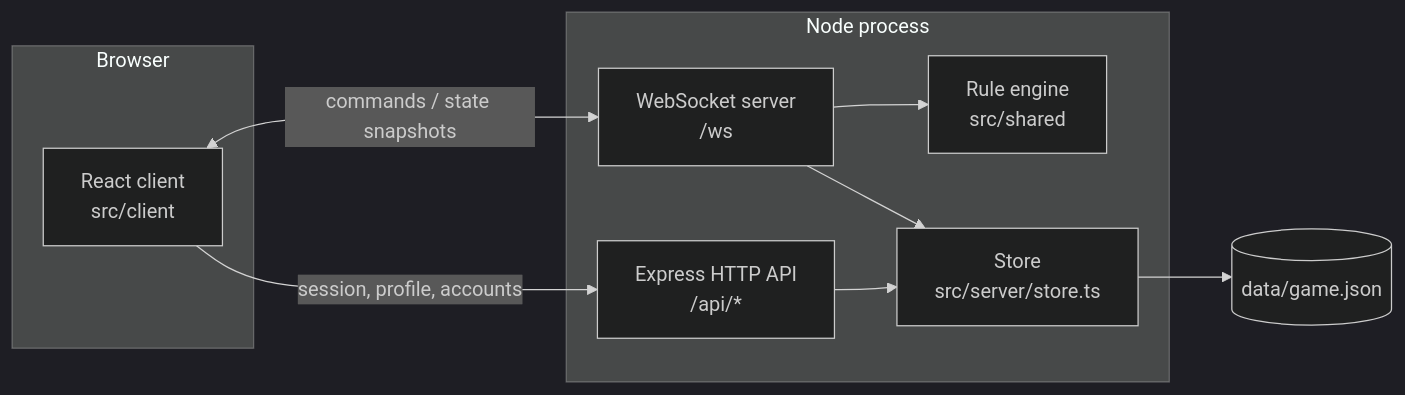
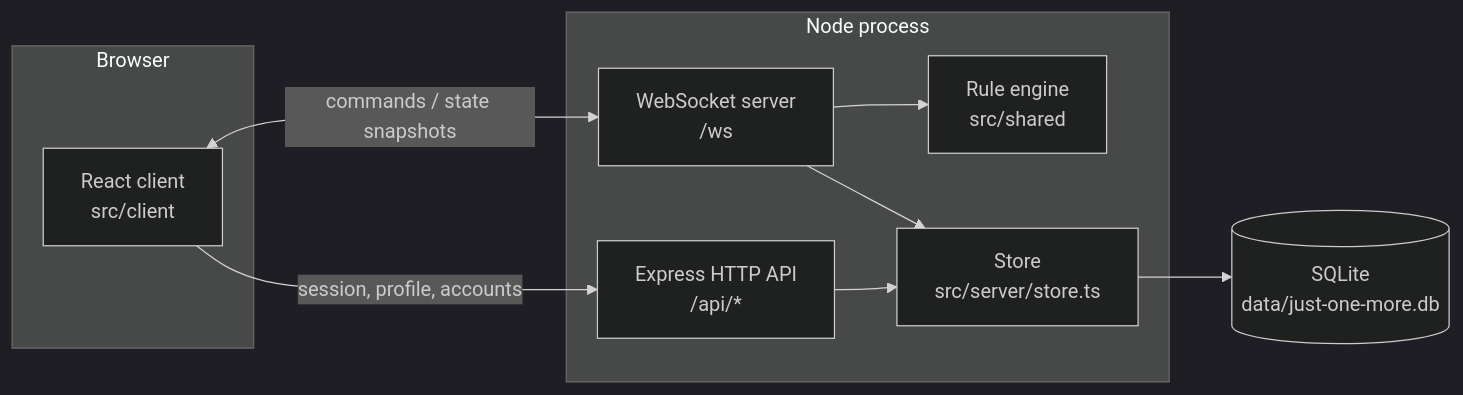
The diagram in docs/architecture.md (gluckspielsucht-selbsthilfegruppe/just-one-more), drawn with Mermaid (dark theme) before and after one commit. The commit also changed other lines of this file and 16 other files, not shown here.

````diff
--- a/docs/architecture.md
+++ b/docs/architecture.md
@@ -5,18 +5,18 @@
 ```mermaid
 flowchart LR
   subgraph Browser
     UI[React client<br/>src/client]
   end
   subgraph Node process
     HTTP[Express HTTP API<br/>/api/*]
     WS[WebSocket server<br/>/ws]
     Engine[Rule engine<br/>src/shared]
     Store[Store<br/>src/server/store.ts]
   end
   UI -- session, profile, accounts --> HTTP
   UI <-- commands / state snapshots --> WS
   HTTP --> Store
   WS --> Engine
   WS --> Store
-  Store --> File[(data/game.json)]
+  Store --> File[(SQLite<br/>data/just-one-more.db)]
 ```
````
